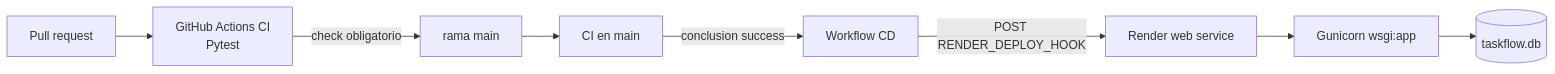
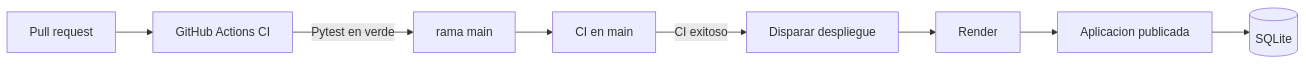
Diagram 12 of 12 in README.md (moisescb123/TaskFlowDevops), drawn with Mermaid before and after one commit. The commit also changed other lines of this file, not shown here.

First line of the commit message:
docs: align README system models with week-5 UML notation.

````diff
--- a/README.md
+++ b/README.md
@@ -301,10 +306,10 @@
 ```mermaid
 flowchart LR
-  pr[Pull request] --> ci[GitHub Actions CI<br/>Pytest]
-  ci -->|check obligatorio| main[rama main]
+  pr[Pull request] --> ci[GitHub Actions CI]
+  ci -->|Pytest en verde| main[rama main]
   main --> ci2[CI en main]
-  ci2 -->|conclusion success| cd[Workflow CD]
-  cd -->|POST RENDER_DEPLOY_HOOK| render[Render web service]
-  render --> gunicorn[Gunicorn wsgi:app]
-  gunicorn --> sqlite[(taskflow.db)]
+  ci2 -->|CI exitoso| cd[Disparar despliegue]
+  cd --> render[Render]
+  render --> app[Aplicacion publicada]
+  app --> db[(SQLite)]
 ```
````
